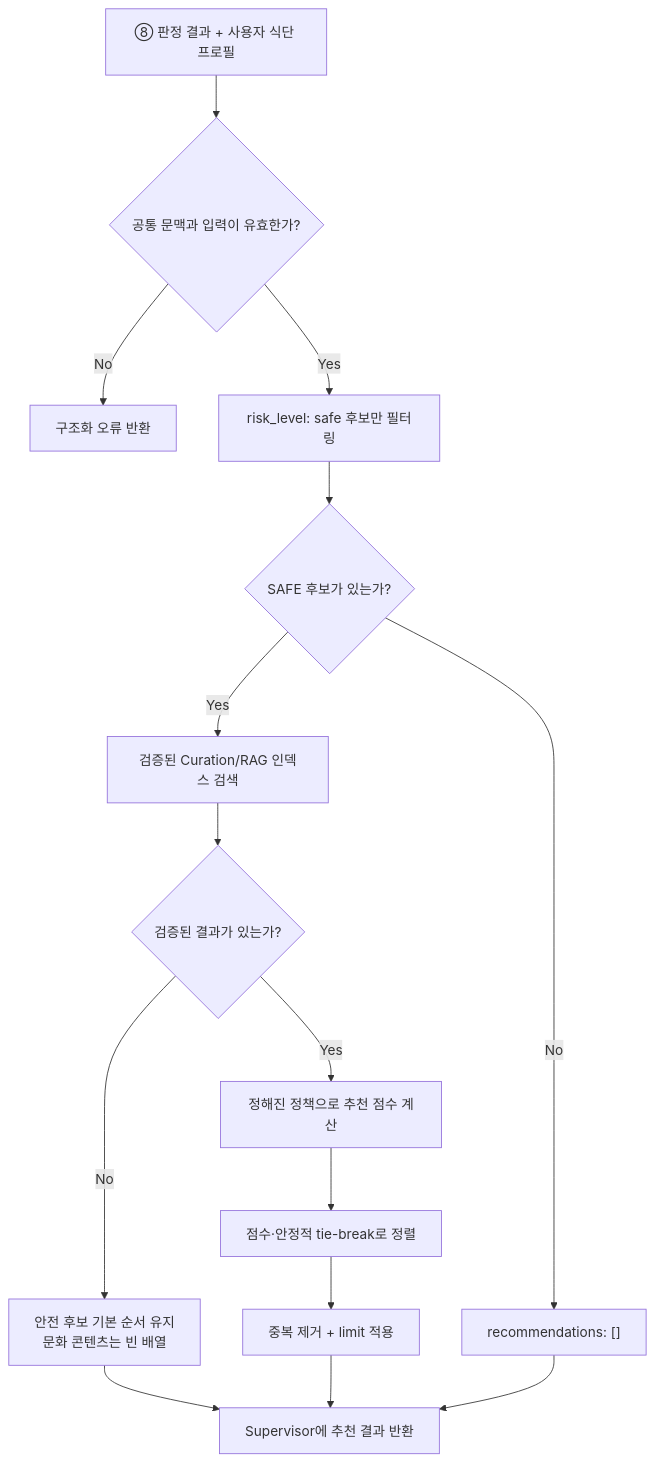
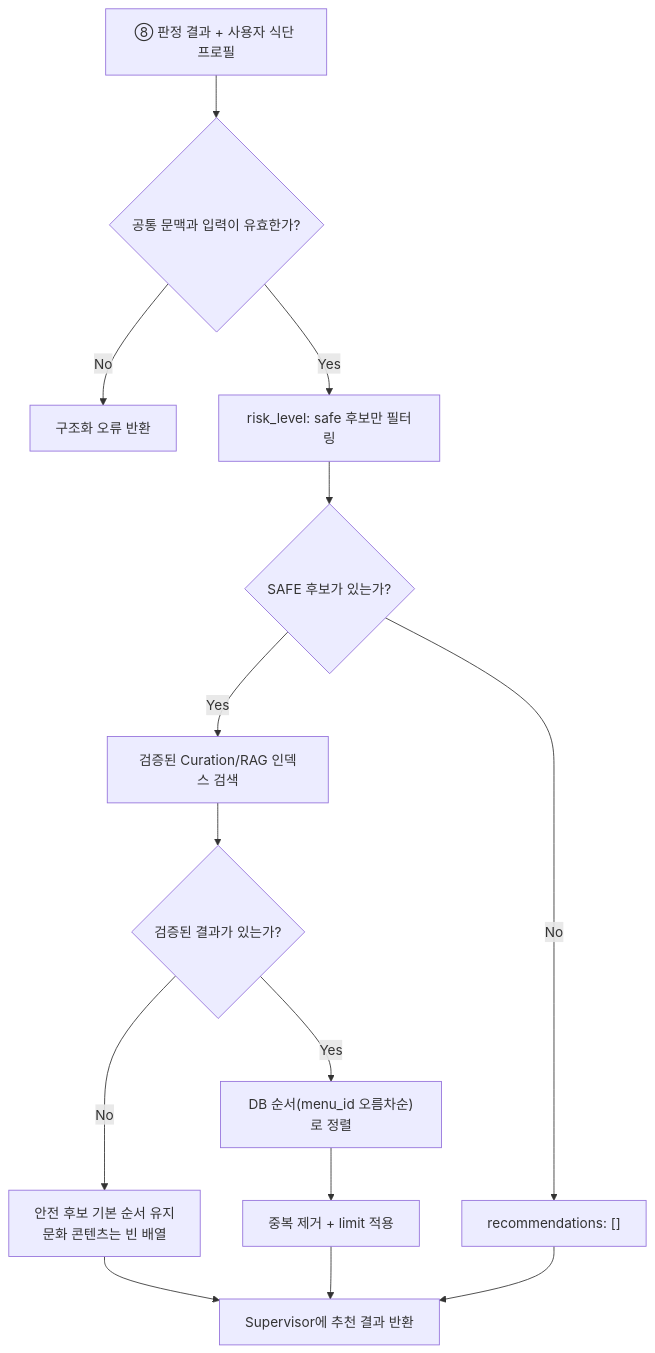
One commit to Han-Spoon/ai changed the diagram in docs/9-tool-curation.md. Above: the diagram before and after it, drawn with Mermaid. The commit also changed other lines of this file and 3 other files, not shown here.

````diff
--- a/docs/9-tool-curation.md
+++ b/docs/9-tool-curation.md
@@ -159,17 +159,16 @@
 ```mermaid
 flowchart TD
     IN["⑧ 판정 결과 + 사용자 식단 프로필"] --> VALIDATE{"공통 문맥과 입력이 유효한가?"}
     VALIDATE -->|No| ERROR["구조화 오류 반환"]
     VALIDATE -->|Yes| FILTER["risk_level: safe 후보만 필터링"]
     FILTER --> EMPTY{"SAFE 후보가 있는가?"}
     EMPTY -->|No| NONE["recommendations: []"]
     EMPTY -->|Yes| QUERY["검증된 Curation/RAG 인덱스 검색"]
     QUERY --> FOUND{"검증된 결과가 있는가?"}
     FOUND -->|No| FALLBACK["안전 후보 기본 순서 유지\n문화 콘텐츠는 빈 배열"]
-    FOUND -->|Yes| SCORE["정해진 정책으로 추천 점수 계산"]
-    SCORE --> RANK["점수·안정적 tie-break로 정렬"]
-    RANK --> LIMIT["중복 제거 + limit 적용"]
+    FOUND -->|Yes| SCORE["DB 순서(menu_id 오름차순)로 정렬"]
+    SCORE --> LIMIT["중복 제거 + limit 적용"]
     FALLBACK --> OUT["Supervisor에 추천 결과 반환"]
     LIMIT --> OUT
     NONE --> OUT
 ```
````
